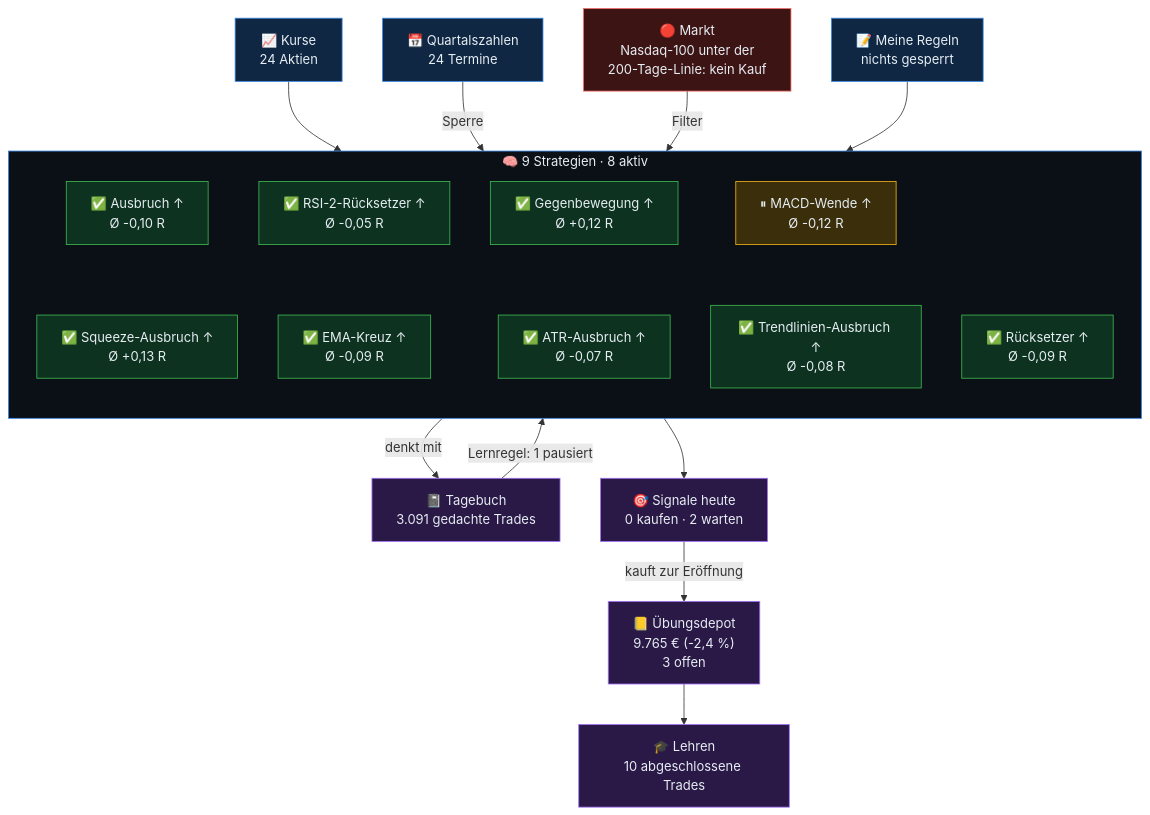
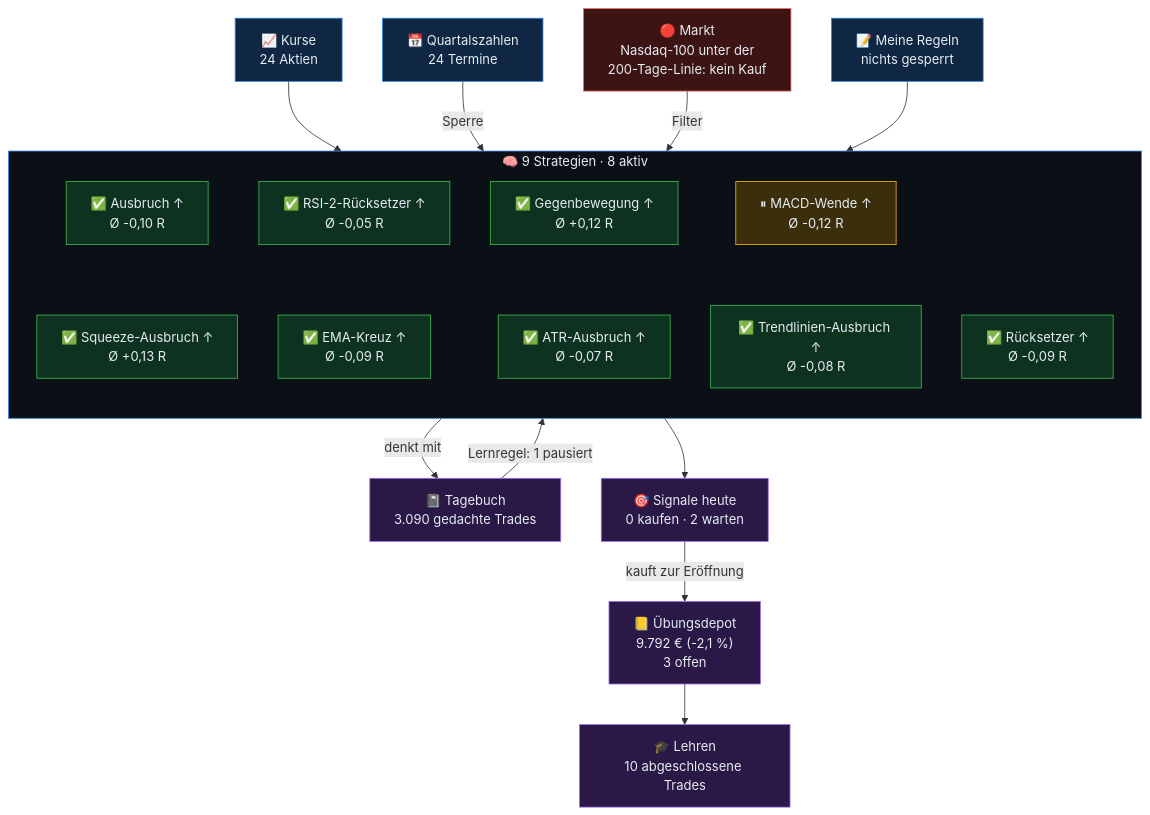
Before and after one commit to sickingmalte-arch/Test-Bot: the diagram in gehirn/Start.md, drawn with Mermaid. The commit also changed other lines of this file and 34 other files, not shown here.

````diff
--- a/gehirn/Start.md
+++ b/gehirn/Start.md
@@ -9,48 +9,48 @@
 ```mermaid
 flowchart TB
   kurse["📈 Kurse<br/>24 Aktien"]
   termine["📅 Quartalszahlen<br/>24 Termine"]
   markt["🔴 Markt<br/>Nasdaq-100 unter der<br/>200-Tage-Linie: kein Kauf"]
   regeln["📝 Meine Regeln<br/>nichts gesperrt"]
   subgraph KERN["🧠 9 Strategien · 8 aktiv"]
     direction TB
     s0["✅ Ausbruch ↑<br/>Ø -0,10 R"]
     s1["✅ RSI-2-Rücksetzer ↑<br/>Ø -0,05 R"]
     s2["✅ Gegenbewegung ↑<br/>Ø +0,12 R"]
     s3["⏸ MACD-Wende ↑<br/>Ø -0,12 R"]
     s4["✅ Rücksetzer ↑<br/>Ø -0,09 R"]
     s5["✅ Squeeze-Ausbruch ↑<br/>Ø +0,13 R"]
     s6["✅ EMA-Kreuz ↑<br/>Ø -0,09 R"]
     s7["✅ ATR-Ausbruch ↑<br/>Ø -0,07 R"]
     s8["✅ Trendlinien-Ausbruch ↑<br/>Ø -0,08 R"]
     s0 ~~~ s5
     s1 ~~~ s6
     s2 ~~~ s7
     s3 ~~~ s8
   end
-  tb["📓 Tagebuch<br/>3.091 gedachte Trades"]
+  tb["📓 Tagebuch<br/>3.090 gedachte Trades"]
   sig["🎯 Signale heute<br/>0 kaufen · 2 warten"]
-  depot["📒 Übungsdepot<br/>9.765 € (-2,4 %)<br/>3 offen"]
+  depot["📒 Übungsdepot<br/>9.792 € (-2,1 %)<br/>3 offen"]
   lehren["🎓 Lehren<br/>10 abgeschlossene Trades"]
   kurse --> KERN
   termine -->|Sperre| KERN
   markt -->|Filter| KERN
   regeln --> KERN
   KERN -->|denkt mit| tb
   tb -->|Lernregel: 1 pausiert| KERN
   KERN --> sig
   sig -->|kauft zur Eröffnung| depot
   depot --> lehren
   classDef ein fill:#0f2742,stroke:#3987e5,color:#e6edf3
   classDef rot fill:#3d1414,stroke:#f47067,color:#e6edf3
   classDef aktiv fill:#0d3320,stroke:#3fb950,color:#e6edf3
   classDef pausiert fill:#3b2e0a,stroke:#fab219,color:#e6edf3
   classDef aus fill:#22272e,stroke:#6e7681,color:#9ba7b4
   classDef aus2 fill:#2a1846,stroke:#a371f7,color:#e6edf3
   class kurse,termine,regeln ein
   class markt rot
   class tb,sig,depot,lehren aus2
   class s0,s1,s2,s4,s5,s6,s7,s8 aktiv
   class s3 pausiert
   style KERN fill:#0b1016,stroke:#3987e5,color:#e6edf3
 ```
````
